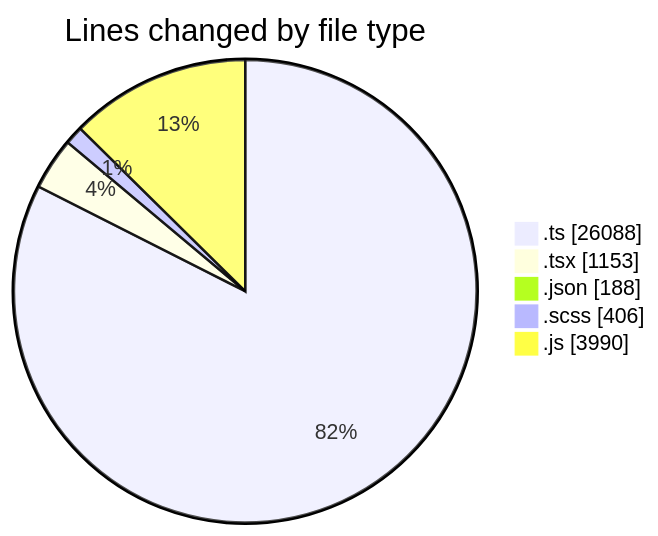
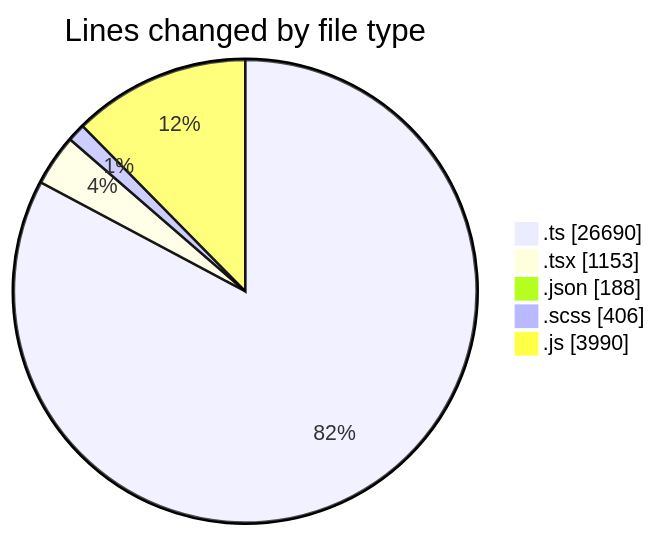
The first of 2 diagrams in 2026-05-07/cda/README.md (momahboobian/code-tracking), drawn with Mermaid before and after one commit. The commit also changed other lines of this file and 1 other file, not shown here.

````diff
--- a/2026-05-07/cda/README.md
+++ b/2026-05-07/cda/README.md
@@ -44,9 +46,9 @@
 ```mermaid
 pie showData
 title Lines changed by file type
-".ts" : 26088
+".ts" : 26690
 ".tsx" : 1153
 ".json" : 188
 ".scss" : 406
 ".js" : 3990
 ```
````
